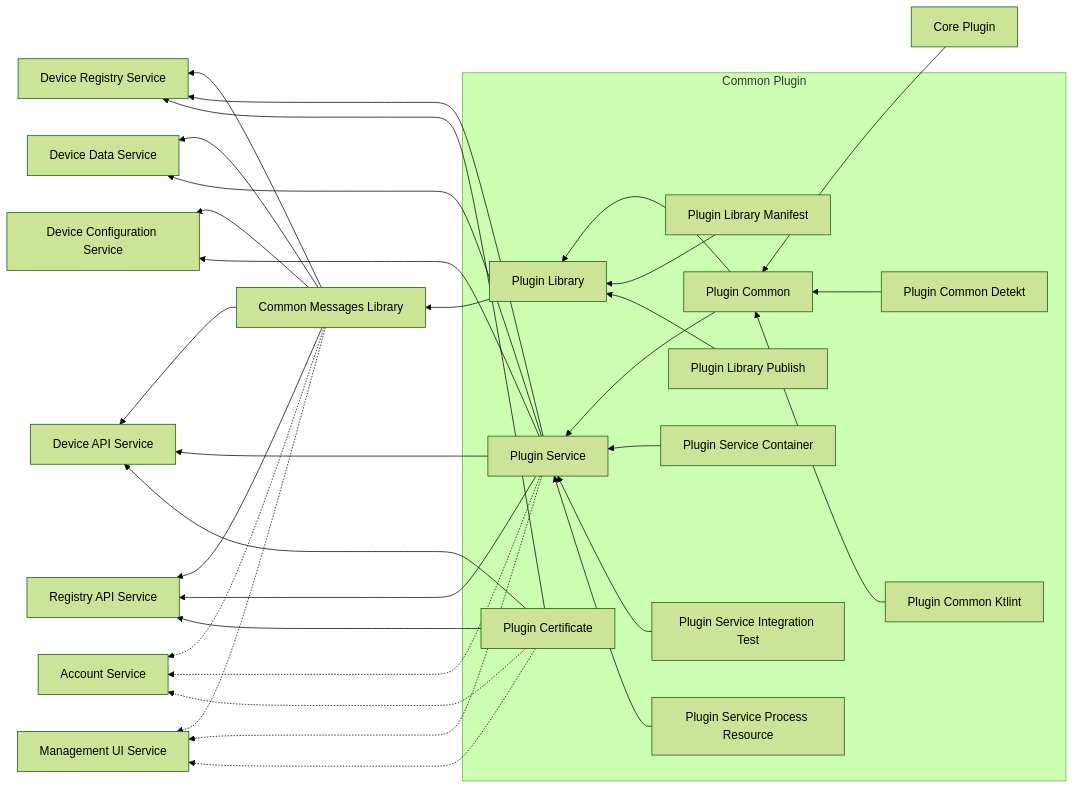
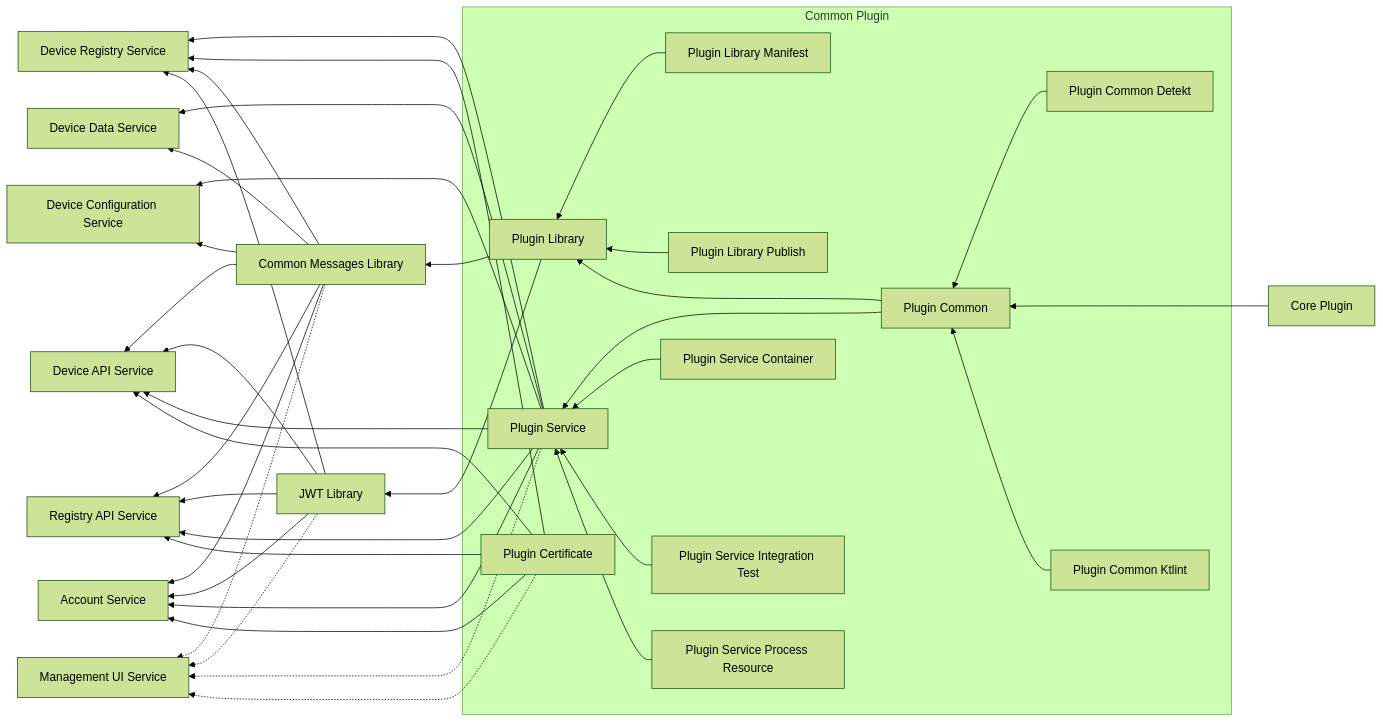
One commit to swordsteel/hlaeja-development changed the second of 2 diagrams in doc/dependency.md. Above: the diagram before and after it, drawn with Mermaid (forest theme). The commit also changed other lines of this file and 2 other files, not shown here.

Commit message:
Hlæja concept v0.4.0

````diff
--- a/doc/dependency.md
+++ b/doc/dependency.md
@@ -44,56 +44,73 @@
 ```mermaid
 graph RL
 ;
   CP[Core Plugin]
   subgraph SCP [Common Plugin]
     PL[Plugin Library]
     PLM[Plugin Library Manifest]
     PLP[Plugin Library Publish]
     PCo[Plugin Common]
     PCoD[Plugin Common Detekt]
     PCoK[Plugin Common Ktlint]
+    PCe[Plugin Certificate]
     PS[Plugin Service]
     PSC[Plugin Service Container]
     PSIT[Plugin Service Integration Test]
     PSPR[Plugin Service Process Resource]
-    PCe[Plugin Certificate]
   end
-  PCo --> PL
   PLM --> PL
   PLP --> PL
-  CP --> PCo
+  PCo ---> PL
   PCoD --> PCo
+  CP ---> PCo
   PCoK --> PCo
-  PCo --> PS
+  PCo ---> PS
   PSC --> PS
   PSIT --> PS
   PSPR --> PS
+
   CML[Common Messages Library]
   PL --> CML
+
+  JWT[JWT Library]
+  PL --> JWT
+
   DRS[Device Registry Service]
-  CML --> DRS
   PS --> DRS
   PCe --> DRS
+  CML --> DRS
+  JWT --> DRS
+
   DDS[Device Data Service]
+  PS --> DDS
   CML --> DDS
-  PS --> DDS
+
   DCS[Device Configuration Service]
+  PS --> DCS
   CML --> DCS
-  PS --> DCS
+
   DAS[Device API Service]
   CML --> DAS
+  JWT --> DAS
   PS --> DAS
   PCe --> DAS
+
   RAS[Registry API Service]
   CML --> RAS
+  JWT --> RAS
   PS --> RAS
   PCe --> RAS
+
   AS[Account Service]
-  CML -.-> AS
-  PS -.-> AS
-  PCe -.-> AS
+  CML --> AS
+  JWT --> AS
+  PS --> AS
+  PCe --> AS
+
   MUS[Management UI Service]
   CML -.-> MUS
+  JWT -.-> MUS
   PS -.-> MUS
   PCe -.-> MUS
+  
 ```
````
